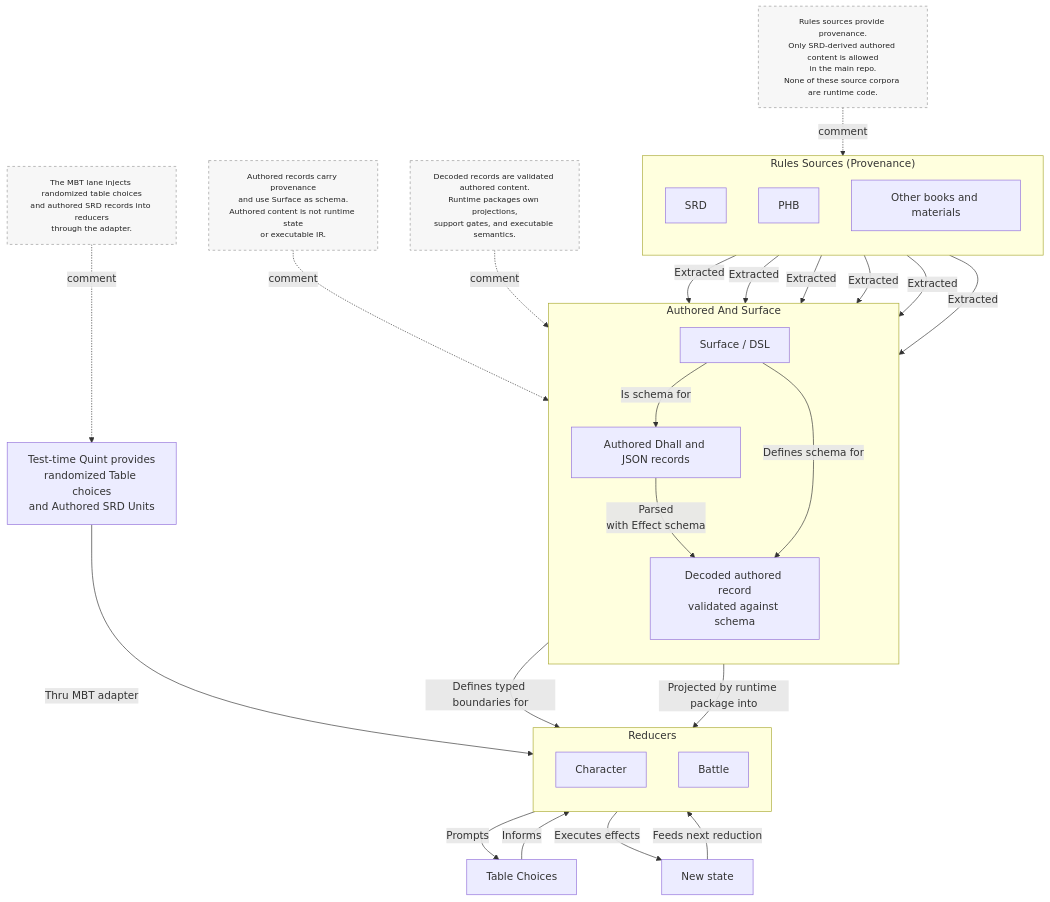
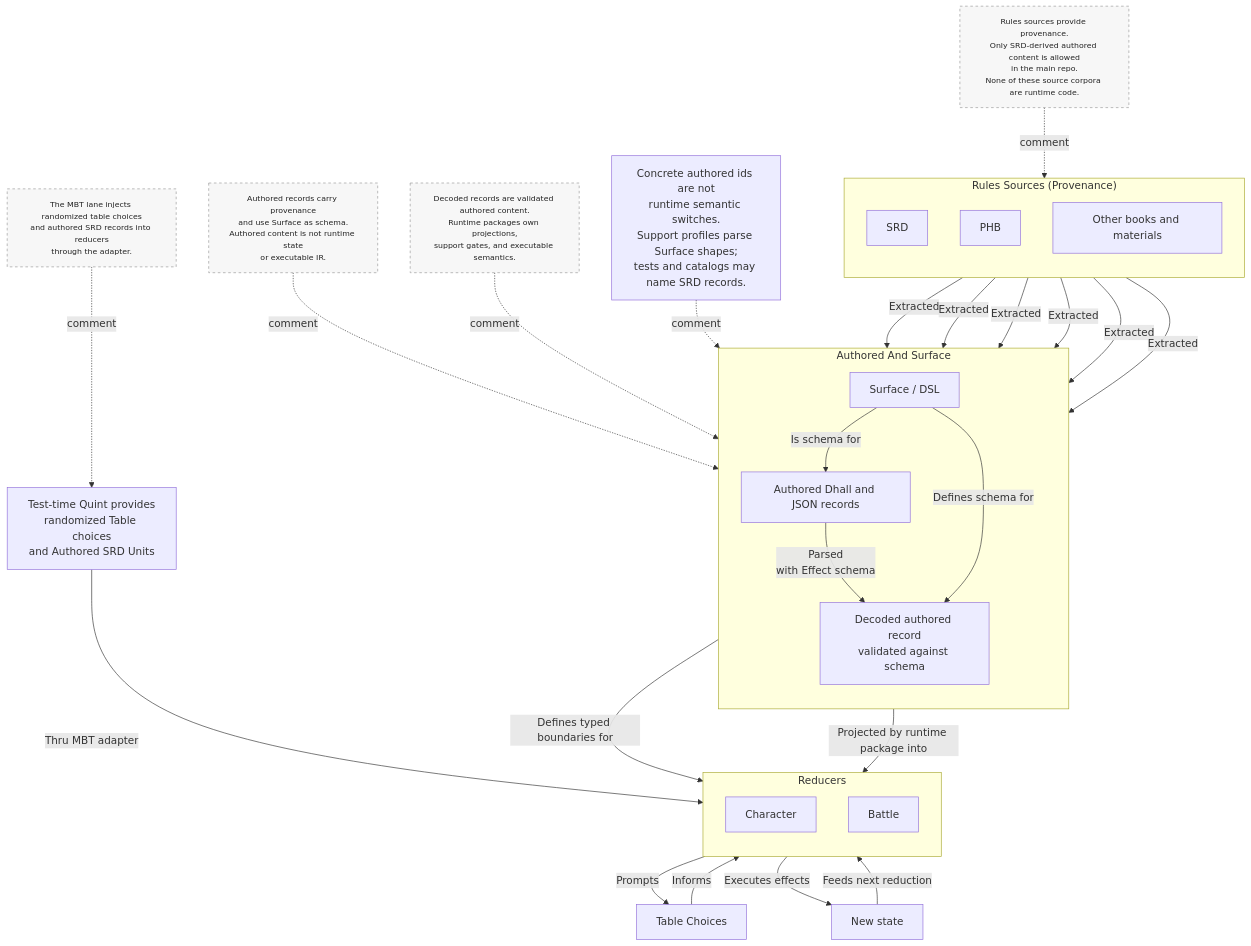
Before and after one commit to dearlordylord/5e-quint: the third of 3 diagrams in packages/surface/SURFACE_TO_BATTLE_MANUAL_DIAGRAM.md, drawn with Mermaid. The commit also changed other lines of this file and 4 other files, not shown here.

Commit message:
Replan authored id support profile boundary

````diff
--- a/packages/surface/SURFACE_TO_BATTLE_MANUAL_DIAGRAM.md
+++ b/packages/surface/SURFACE_TO_BATTLE_MANUAL_DIAGRAM.md
@@ -98,59 +100,61 @@
 ```mermaid
 flowchart TD
   classDef note fill:#f7f7f7,stroke:#999,stroke-dasharray: 4 4,color:#222,font-size:12px;
 
   subgraph MERGED_SOURCES["Rules Sources (Provenance)"]
     direction TB
     MERGED_SRD["SRD"]
     MERGED_PHB["PHB"]
     MERGED_OTHER["Other books and materials"]
   end
 
   subgraph MERGED_CONTENT["Authored And Surface"]
     direction TB
     MERGED_AUTHORED["Authored Dhall and JSON records"]
     MERGED_SURFACE["Surface / DSL"]
     MERGED_RUNTIME["Decoded authored record<br/>validated against schema"]
   end
 
   subgraph MERGED_REDUCERS["Reducers"]
     direction TB
     MERGED_CHARACTER["Character"]
     MERGED_BATTLE["Battle"]
   end
 
   MERGED_TABLE["Table Choices"]
   MERGED_STATE["New state"]
   MERGED_TEST["Test-time Quint provides<br/>randomized Table choices<br/>and Authored SRD Units"]
 
   MERGED_SRD -->|Extracted| MERGED_AUTHORED
   MERGED_SRD -->|Extracted| MERGED_SURFACE
   MERGED_PHB -->|Extracted| MERGED_AUTHORED
   MERGED_PHB -->|Extracted| MERGED_SURFACE
   MERGED_OTHER -->|Extracted| MERGED_AUTHORED
   MERGED_OTHER -->|Extracted| MERGED_SURFACE
 
   MERGED_SURFACE -->|Is schema for| MERGED_AUTHORED
   MERGED_AUTHORED -->|Parsed<br/>with Effect schema| MERGED_RUNTIME
   MERGED_SURFACE -->|Defines schema for| MERGED_RUNTIME
   MERGED_SURFACE -->|Defines typed boundaries for| MERGED_REDUCERS
   MERGED_RUNTIME -->|Projected by runtime package into| MERGED_REDUCERS
 
   MERGED_TEST -->|Thru MBT adapter| MERGED_REDUCERS
   MERGED_REDUCERS -->|Prompts| MERGED_TABLE
   MERGED_TABLE -->|Informs| MERGED_REDUCERS
   MERGED_REDUCERS -->|Executes effects| MERGED_STATE
   MERGED_STATE -->|Feeds next reduction| MERGED_REDUCERS
 
   MERGED_SOURCES_NOTE["Rules sources provide provenance.<br/>Only SRD-derived authored content is allowed<br/>in the main repo.<br/>None of these source corpora are runtime code."]
   MERGED_AUTHORED_NOTE["Authored records carry provenance<br/>and use Surface as schema.<br/>Authored content is not runtime state<br/>or executable IR."]
   MERGED_RUNTIME_NOTE["Decoded records are validated authored content.<br/>Runtime packages own projections,<br/>support gates, and executable semantics."]
+  MERGED_ID_NOTE["Concrete authored ids are not<br/>runtime semantic switches.<br/>Support profiles parse Surface shapes;<br/>tests and catalogs may name SRD records."]
   MERGED_TEST_NOTE["The MBT lane injects randomized table choices<br/>and authored SRD records into reducers<br/>through the adapter."]
 
   MERGED_SOURCES_NOTE -. comment .-> MERGED_SOURCES
   MERGED_AUTHORED_NOTE -. comment .-> MERGED_AUTHORED
   MERGED_RUNTIME_NOTE -. comment .-> MERGED_RUNTIME
+  MERGED_ID_NOTE -. comment .-> MERGED_RUNTIME
   MERGED_TEST_NOTE -. comment .-> MERGED_TEST
 
   class MERGED_SOURCES_NOTE,MERGED_AUTHORED_NOTE,MERGED_RUNTIME_NOTE,MERGED_TEST_NOTE note
 ```
````
